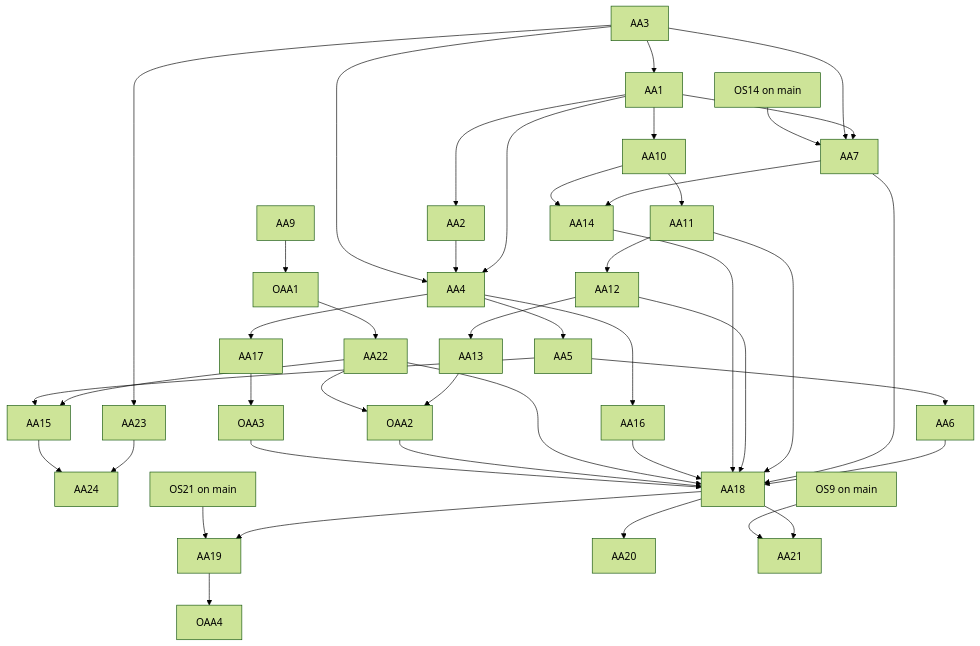
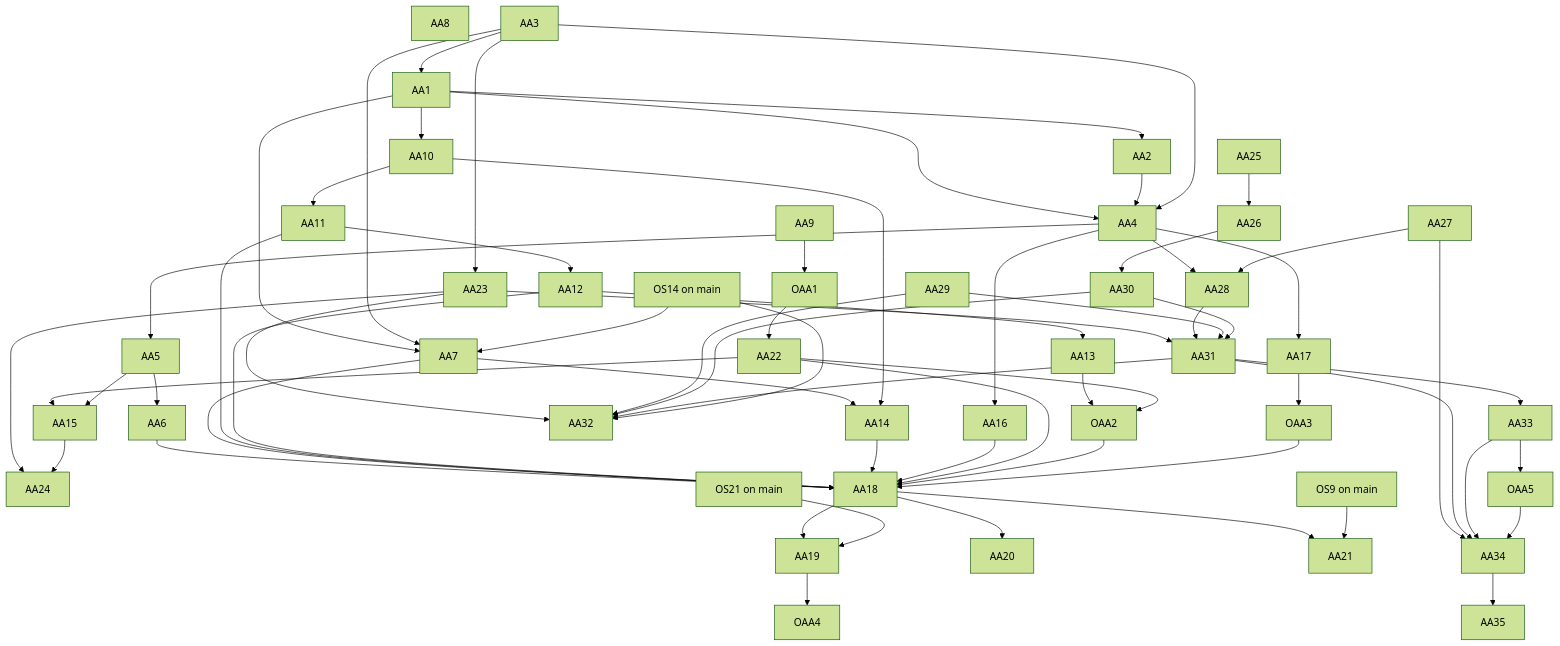
Before and after one commit to diy-accounting-uk/submit.diyaccounting.co.uk: the diagram in PLAN_AMENDED_ACCOUNTS.md, drawn with Mermaid (forest theme). The commit also changed other lines of this file, not shown here.

````diff
--- a/PLAN_AMENDED_ACCOUNTS.md
+++ b/PLAN_AMENDED_ACCOUNTS.md
@@ -553,46 +824,67 @@
 ```mermaid
 graph TD
+  AA8
   AA3 --> AA1
   AA1 --> AA2
   AA1 --> AA4
   AA2 --> AA4
   AA3 --> AA4
   AA4 --> AA5
   AA5 --> AA6
   AA1 --> AA7
   AA3 --> AA7
   OS14["OS14 on main"] --> AA7
   AA9 --> OAA1
   OAA1 --> AA22
   AA1 --> AA10
   AA10 --> AA11
   AA11 --> AA12
   AA12 --> AA13
   AA13 --> OAA2
   AA22 --> OAA2
   AA7 --> AA14
   AA10 --> AA14
   AA22 --> AA15
   AA5 --> AA15
   AA3 --> AA23
   AA23 --> AA24
   AA15 --> AA24
   AA4 --> AA16
   AA4 --> AA17
   AA17 --> OAA3
   AA6 --> AA18
   AA7 --> AA18
   AA11 --> AA18
   AA12 --> AA18
   AA14 --> AA18
   AA16 --> AA18
   AA22 --> AA18
   OAA2 --> AA18
   OAA3 --> AA18
   AA18 --> AA19
   OS21["OS21 on main"] --> AA19
   AA19 --> OAA4
   AA18 --> AA20
   AA18 --> AA21
   OS9["OS9 on main"] --> AA21
+  AA4 --> AA28
+  AA27 --> AA28
+  AA25 --> AA26
+  AA26 --> AA30
+  AA23 --> AA31
+  AA28 --> AA31
+  AA29 --> AA31
+  AA30 --> AA31
+  AA23 --> AA32
+  AA29 --> AA32
+  AA30 --> AA32
+  AA31 --> AA32
+  OS14 --> AA32
+  AA31 --> AA33
+  AA33 --> OAA5
+  AA27 --> AA34
+  AA31 --> AA34
+  AA33 --> AA34
+  OAA5 --> AA34
+  AA34 --> AA35
 ```
````
